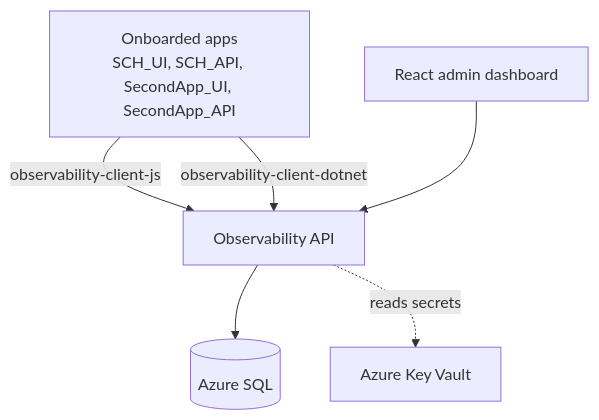
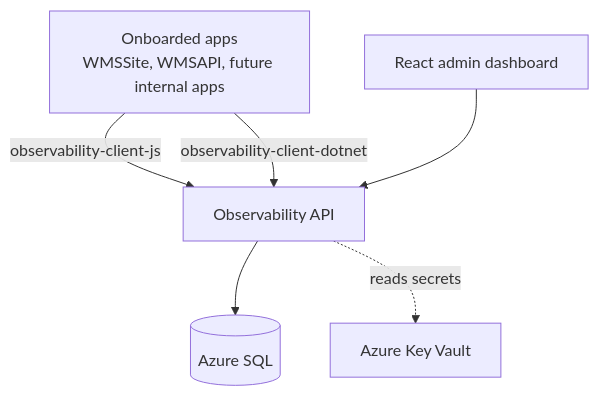
Before and after one commit to adaptivesoftwarellc/Adaptive-MAN: the diagram in docs/architecture.md, drawn with Mermaid. The commit also changed other lines of this file and 35 other files, not shown here.

````diff
--- a/docs/architecture.md
+++ b/docs/architecture.md
@@ -11,9 +11,9 @@
 ```mermaid
 flowchart TD
-    A[Onboarded apps<br/>SCH_UI, SCH_API, SecondApp_UI, SecondApp_API]
+    A[Onboarded apps<br/>WMSSite, WMSAPI, future internal apps]
     A -->|"observability-client-js"| B[Observability API]
     A -->|"observability-client-dotnet"| B
     B --> C[(Azure SQL)]
     D[React admin dashboard] --> B
     B -.reads secrets.-> KV[Azure Key Vault]
 ```
````
